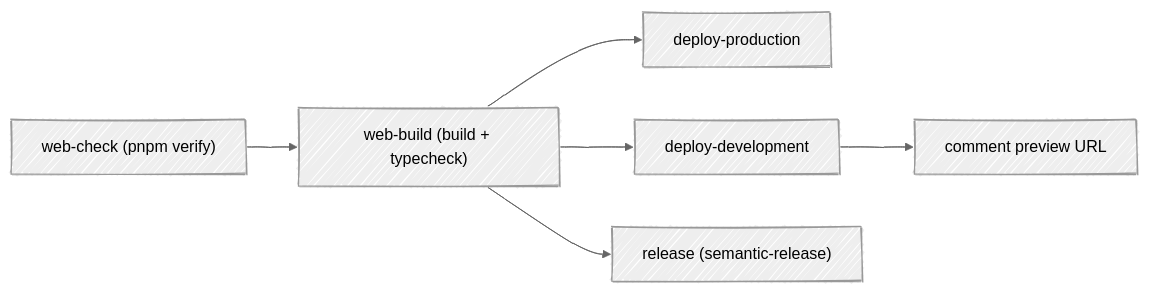
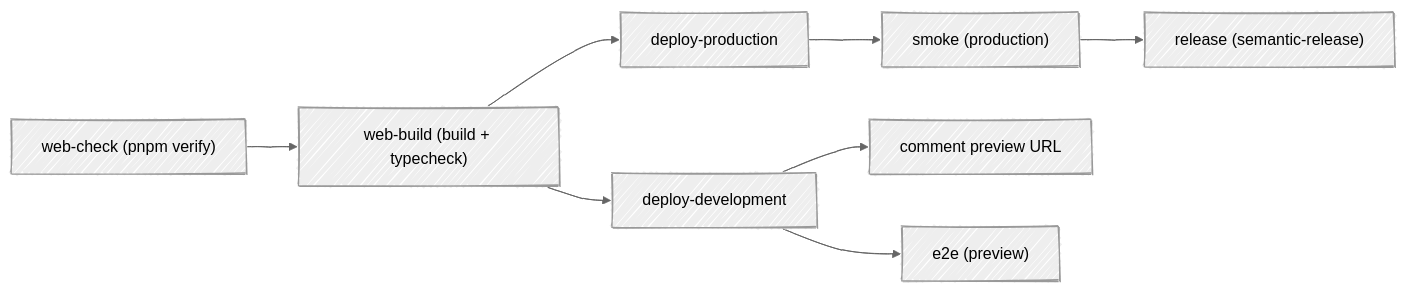
One commit to fbuireu/contribKit changed the first of 3 diagrams in docs/wiki/CI-CD.md. Above: the diagram before and after it, drawn with Mermaid. The commit also changed other lines of this file and 7 other files, not shown here.

First line of the commit message:
ci: check production after deploying it, and gate the release on that

````diff
--- a/docs/wiki/CI-CD.md
+++ b/docs/wiki/CI-CD.md
@@ -31,13 +31,15 @@
 ```mermaid
 ---
 config:
   look: handDrawn
   theme: neutral
 ---
 flowchart LR
   check["web-check (pnpm verify)"] --> build["web-build (build + typecheck)"]
   build --> prod["deploy-production"]
   build --> dev["deploy-development"]
-  build --> rel["release (semantic-release)"]
+  prod --> smoke["smoke (production)"]
+  smoke --> rel["release (semantic-release)"]
   dev --> comment["comment preview URL"]
+  dev --> e2e["e2e (preview)"]
 ```
````
